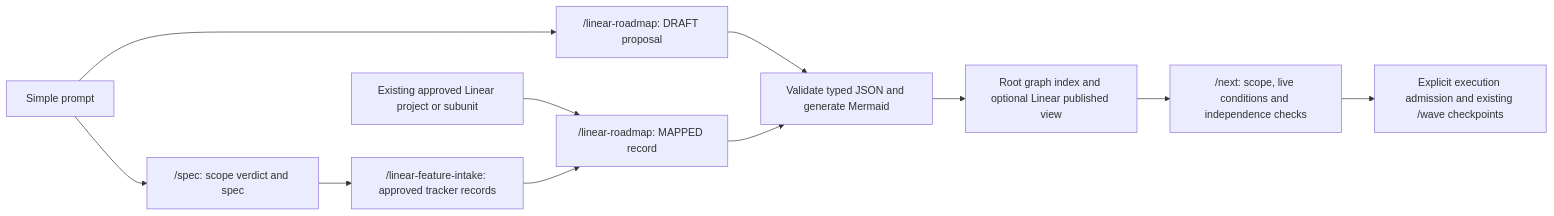
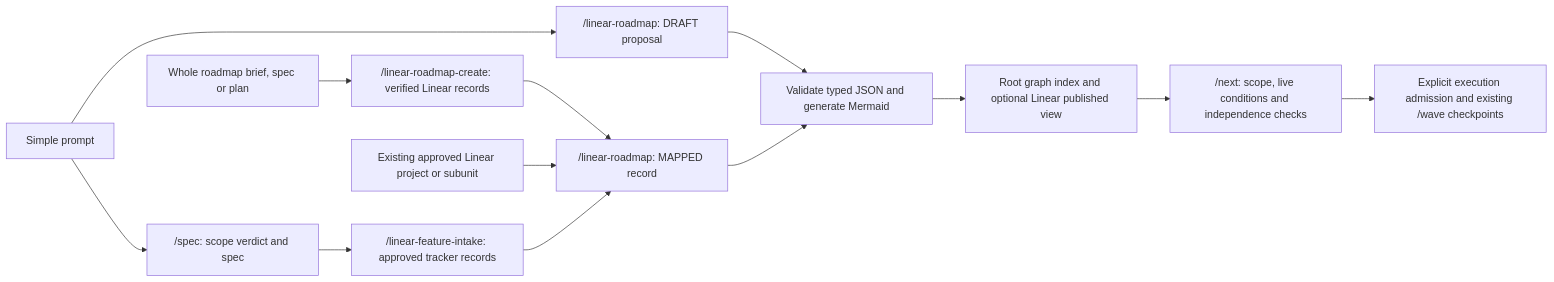
Before and after one commit to khalilouardini/kstack: the first of 2 diagrams in ORCHESTRATION.md, drawn with Mermaid. The commit also changed other lines of this file and 15 other files, not shown here.

Commit message:
feat: add Linear roadmap creation with evals

````diff
--- a/ORCHESTRATION.md
+++ b/ORCHESTRATION.md
@@ -44,13 +44,15 @@
 ```mermaid
 flowchart LR
   PROMPT["Simple prompt"] --> DRAFT["/linear-roadmap: DRAFT proposal"]
   PROMPT --> SPEC["/spec: scope verdict and spec"]
   SPEC --> INTAKE["/linear-feature-intake: approved tracker records"]
+  NEW["Whole roadmap brief, spec or plan"] --> CREATE["/linear-roadmap-create: verified Linear records"]
+  CREATE --> MAP
   EXISTING["Existing approved Linear project or subunit"] --> MAP["/linear-roadmap: MAPPED record"]
   INTAKE --> MAP
   DRAFT --> CHECK["Validate typed JSON and generate Mermaid"]
   MAP --> CHECK
   CHECK --> INDEX["Root graph index and optional Linear published view"]
   INDEX --> NEXTCHECK["/next: scope, live conditions and independence checks"]
   NEXTCHECK --> AUTH["Explicit execution admission and existing /wave checkpoints"]
 ```
````
